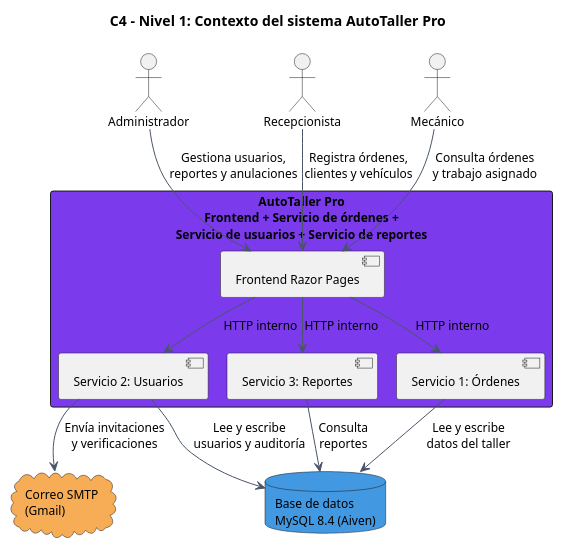
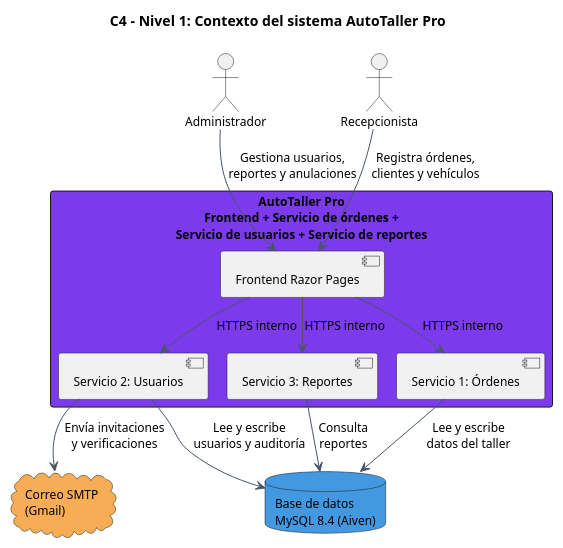
Before and after one commit to ArielFlowers/TallerMecanico: the diagram in docs/diagramas/C4_Nivel1_Contexto.puml, drawn with PlantUML. The commit also changed 6 other files, not shown here.

First line of the commit message:
docs: agregar diagramas de Usuarios y Reportes y corregir los C4

```diff
--- a/docs/diagramas/C4_Nivel1_Contexto.puml
+++ b/docs/diagramas/C4_Nivel1_Contexto.puml
@@ -1,34 +1,32 @@
 @startuml C4_Nivel1_Contexto
 !pragma layout smetana
 title C4 - Nivel 1: Contexto del sistema AutoTaller Pro
 skinparam shadowing false
 skinparam defaultFontName Segoe UI
 skinparam defaultFontSize 12
 skinparam ArrowColor #4A5568
 skinparam BorderColor #4A5568
 
 actor "Administrador" as Admin
 actor "Recepcionista" as Recep
-actor "Mecánico" as Mec
 
 rectangle "AutoTaller Pro\nFrontend + Servicio de órdenes +\nServicio de usuarios + Servicio de reportes" as Sistema #7C3AED {
   [Frontend Razor Pages] as FE
   [Servicio 1: Órdenes] as S1
   [Servicio 2: Usuarios] as S2
   [Servicio 3: Reportes] as S3
 }
 
 cloud "Correo SMTP\n(Gmail)" as SMTP #F6AD55
 database "Base de datos\nMySQL 8.4 (Aiven)" as BD #4299E1
 
 Admin --> FE : Gestiona usuarios,\nreportes y anulaciones
 Recep --> FE : Registra órdenes,\nclientes y vehículos
-Mec --> FE : Consulta órdenes\ny trabajo asignado
-FE --> S1 : HTTP interno
-FE --> S2 : HTTP interno
-FE --> S3 : HTTP interno
+FE --> S1 : HTTPS interno
+FE --> S2 : HTTPS interno
+FE --> S3 : HTTPS interno
 S2 --> SMTP : Envía invitaciones\ny verificaciones
 S1 --> BD : Lee y escribe\ndatos del taller
 S2 --> BD : Lee y escribe\nusuarios y auditoría
 S3 --> BD : Consulta\nreportes
 @enduml
```
